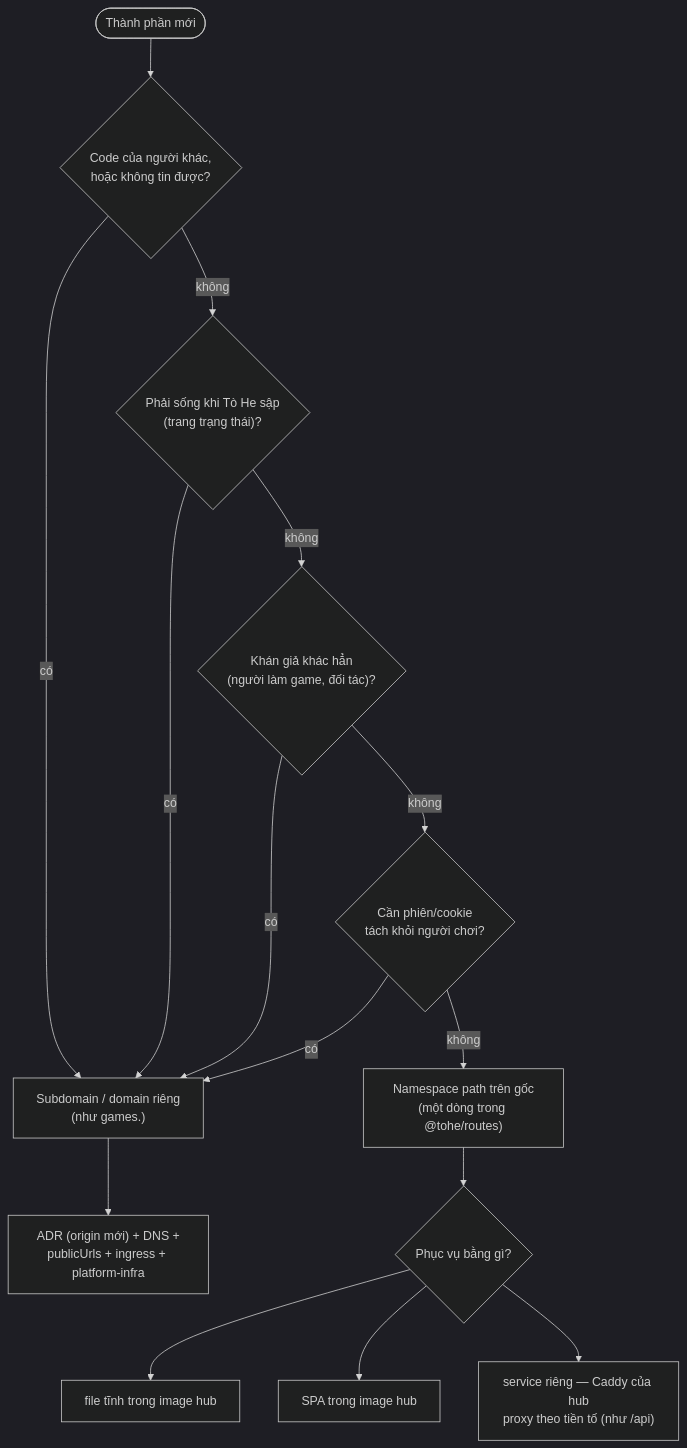
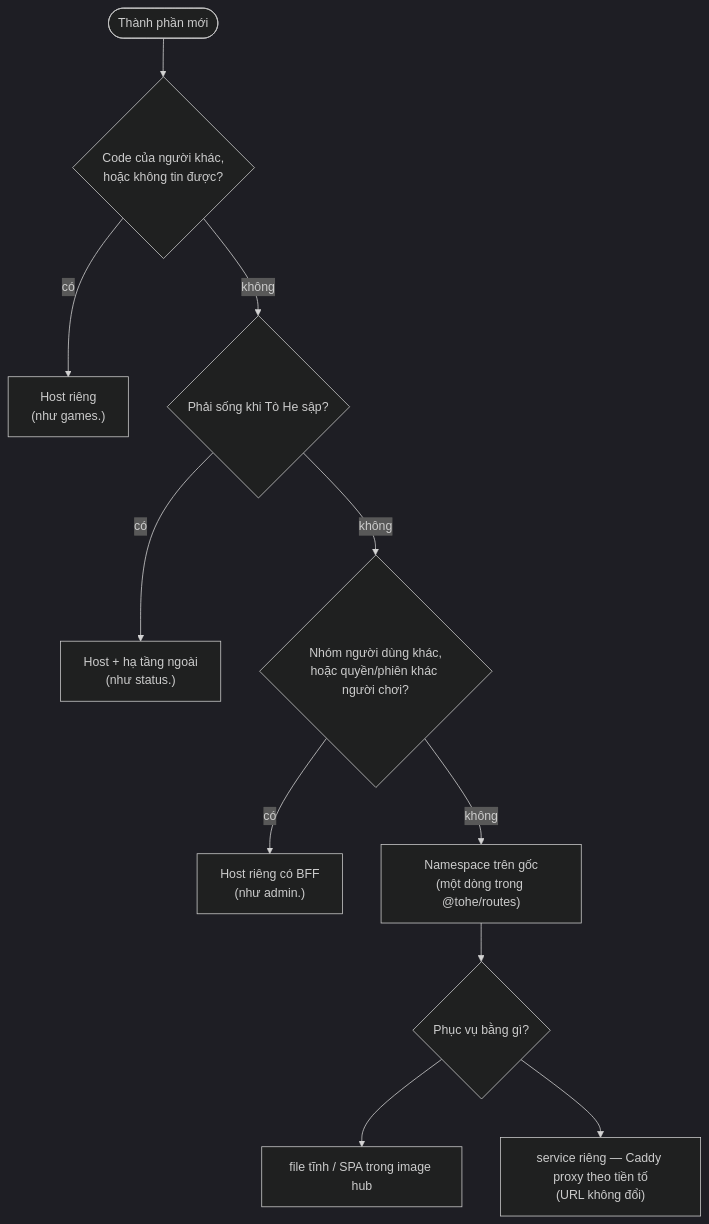
One commit to vinh466/tohe-play changed the second of 2 diagrams in plans/product-surface/items/D-01-host-and-path-layout.md. Above: the diagram before and after it, drawn with Mermaid (dark theme). The commit also changed other lines of this file and 6 other files, not shown here.

````diff
--- a/plans/product-surface/items/D-01-host-and-path-layout.md
+++ b/plans/product-surface/items/D-01-host-and-path-layout.md
@@ -88,17 +131,13 @@
 ```mermaid
 flowchart TD
   new([Thành phần mới]) --> q1{"Code của người khác,<br/>hoặc không tin được?"}
-  q1 -- có --> sub["Subdomain / domain riêng<br/>(như games.)"]
-  q1 -- không --> q2{"Phải sống khi Tò He sập<br/>(trang trạng thái)?"}
-  q2 -- có --> sub
-  q2 -- không --> q3{"Khán giả khác hẳn<br/>(người làm game, đối tác)?"}
-  q3 -- có --> sub
-  q3 -- không --> q4{"Cần phiên/cookie<br/>tách khỏi người chơi?"}
-  q4 -- có --> sub
-  q4 -- không --> path["Namespace path trên gốc<br/>(một dòng trong @tohe/routes)"]
-  sub --> adr["ADR (origin mới) + DNS +<br/>publicUrls + ingress + platform-infra"]
+  q1 -- có --> sub["Host riêng<br/>(như games.)"]
+  q1 -- không --> q2{"Phải sống khi Tò He sập?"}
+  q2 -- có --> ext["Host + hạ tầng ngoài<br/>(như status.)"]
+  q2 -- không --> q3{"Nhóm người dùng khác,<br/>hoặc quyền/phiên khác người chơi?"}
+  q3 -- có --> sub2["Host riêng có BFF<br/>(như admin.)"]
+  q3 -- không --> path["Namespace trên gốc<br/>(một dòng trong @tohe/routes)"]
   path --> serve{"Phục vụ bằng gì?"}
-  serve --> s1["file tĩnh trong image hub"]
-  serve --> s2["SPA trong image hub"]
-  serve --> s3["service riêng — Caddy của hub<br/>proxy theo tiền tố (như /api)"]
+  serve --> s1["file tĩnh / SPA trong image hub"]
+  serve --> s2["service riêng — Caddy proxy theo tiền tố<br/>(URL không đổi)"]
 ```
````
